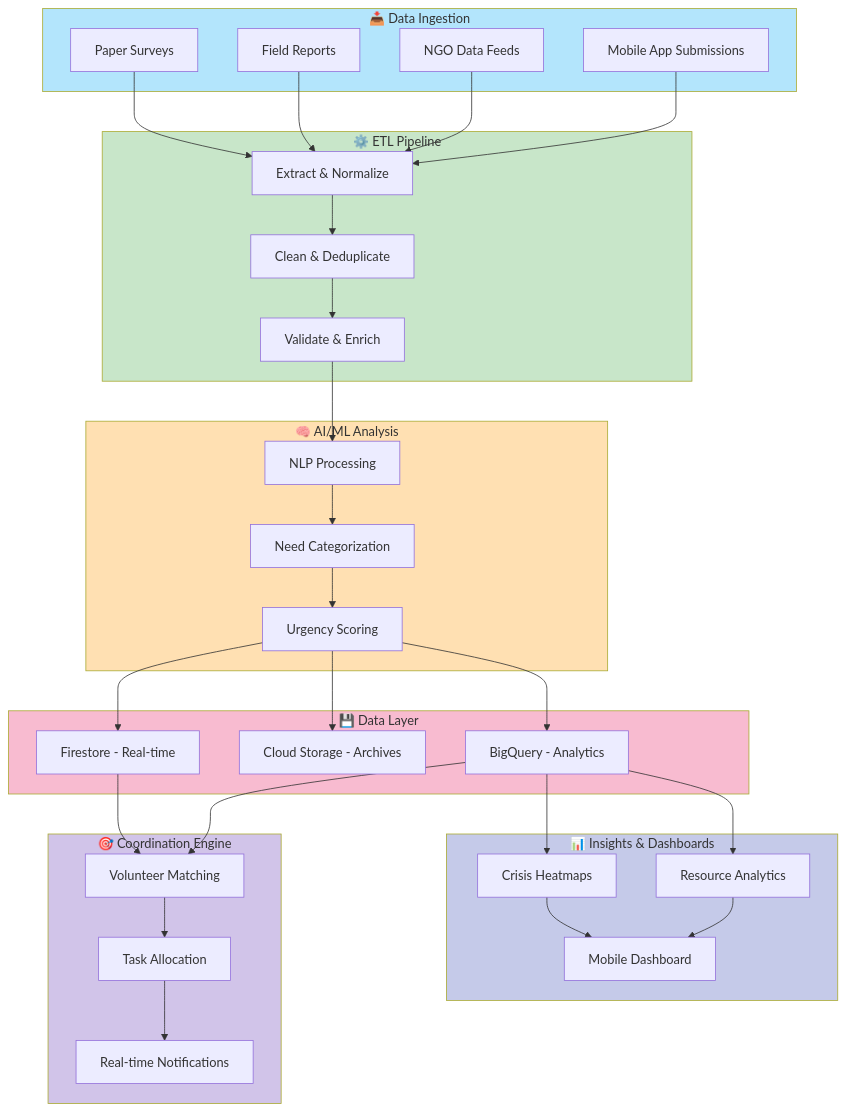
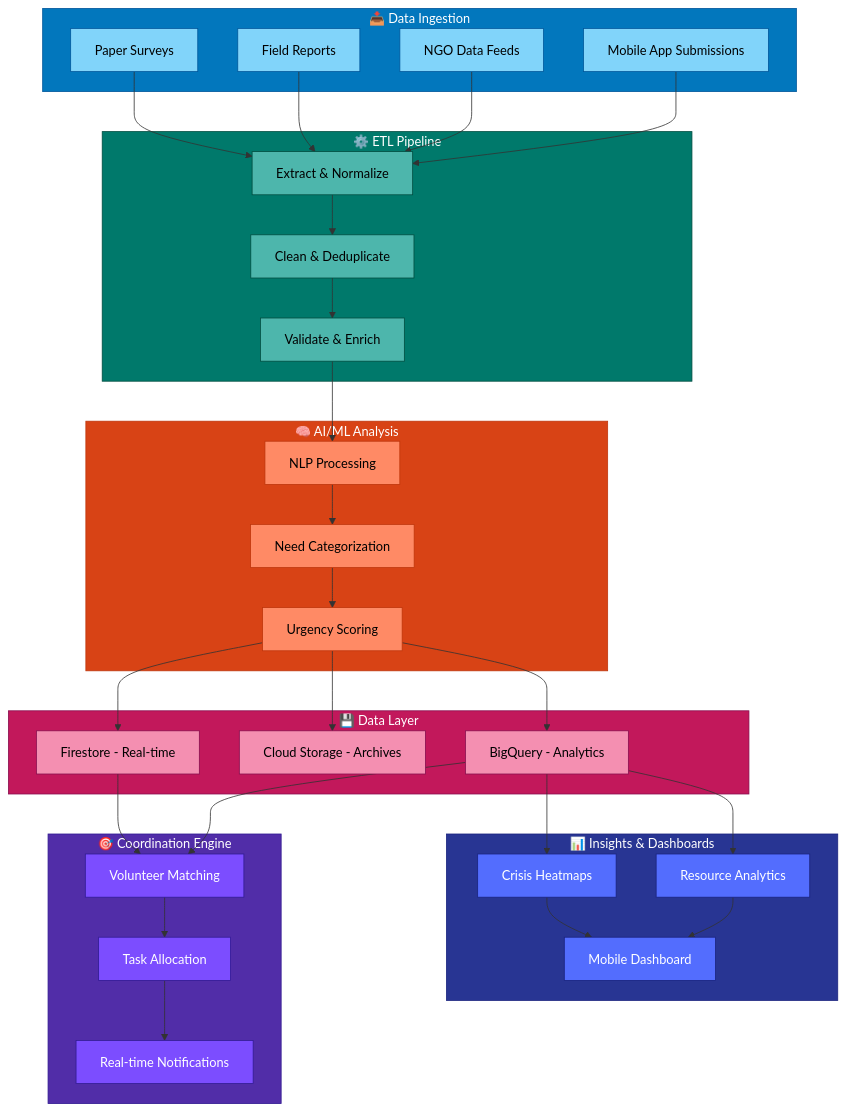
One commit to akshajtiwari/googl changed the first of 5 diagrams in README.md. Above: the diagram before and after it, drawn with Mermaid. The commit also changed other lines of this file, not shown here.

````diff
--- a/README.md
+++ b/README.md
@@ -101,10 +100,30 @@
     Q --> S
     R --> S
     
-    style intake fill:#b3e5fc
-    style processing fill:#c8e6c9
-    style analysis fill:#ffe0b2
-    style storage fill:#f8bbd0
-    style coordination fill:#d1c4e9
-    style visualization fill:#c5cae9
+    style intake fill:#0277bd,stroke:#01579b,color:#fff
+    style processing fill:#00796b,stroke:#004d40,color:#fff
+    style analysis fill:#d84315,stroke:#bf360c,color:#fff
+    style storage fill:#c2185b,stroke:#880e4f,color:#fff
+    style coordination fill:#512da8,stroke:#311b92,color:#fff
+    style visualization fill:#283593,stroke:#1a237e,color:#fff
+    
+    style A fill:#81d4fa,stroke:#01579b,color:#000
+    style B fill:#81d4fa,stroke:#01579b,color:#000
+    style C fill:#81d4fa,stroke:#01579b,color:#000
+    style D fill:#81d4fa,stroke:#01579b,color:#000
+    style E fill:#4db6ac,stroke:#004d40,color:#000
+    style F fill:#4db6ac,stroke:#004d40,color:#000
+    style G fill:#4db6ac,stroke:#004d40,color:#000
+    style H fill:#ff8a65,stroke:#bf360c,color:#000
+    style I fill:#ff8a65,stroke:#bf360c,color:#000
+    style J fill:#ff8a65,stroke:#bf360c,color:#000
+    style K fill:#f48fb1,stroke:#880e4f,color:#000
+    style L fill:#f48fb1,stroke:#880e4f,color:#000
+    style M fill:#f48fb1,stroke:#880e4f,color:#000
+    style N fill:#7c4dff,stroke:#311b92,color:#fff
+    style O fill:#7c4dff,stroke:#311b92,color:#fff
+    style P fill:#7c4dff,stroke:#311b92,color:#fff
+    style Q fill:#536dfe,stroke:#1a237e,color:#fff
+    style R fill:#536dfe,stroke:#1a237e,color:#fff
+    style S fill:#536dfe,stroke:#1a237e,color:#fff
 ```
````
